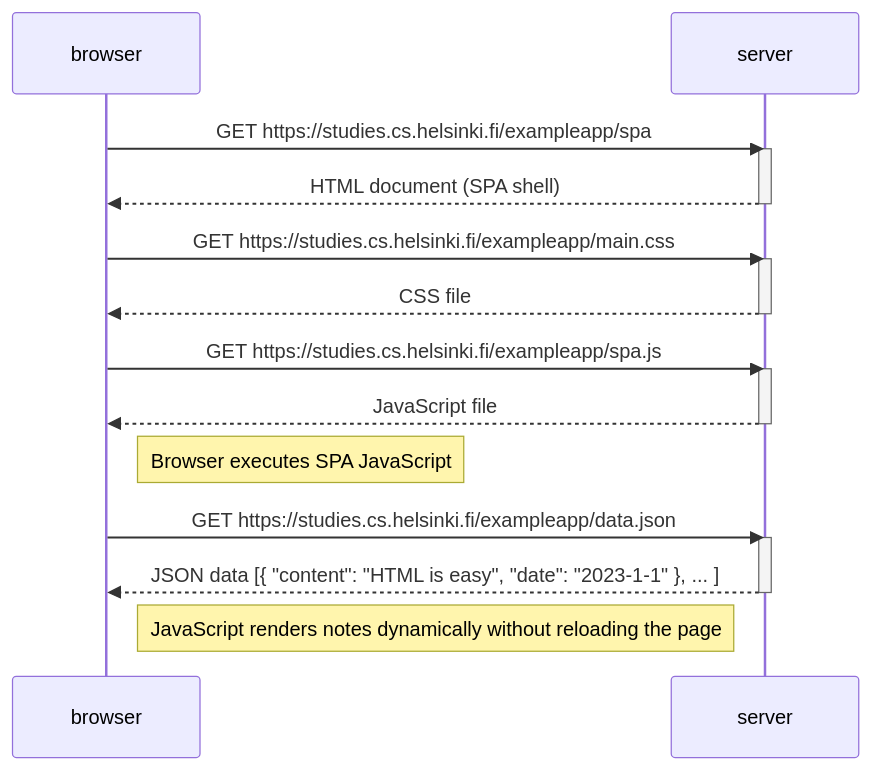
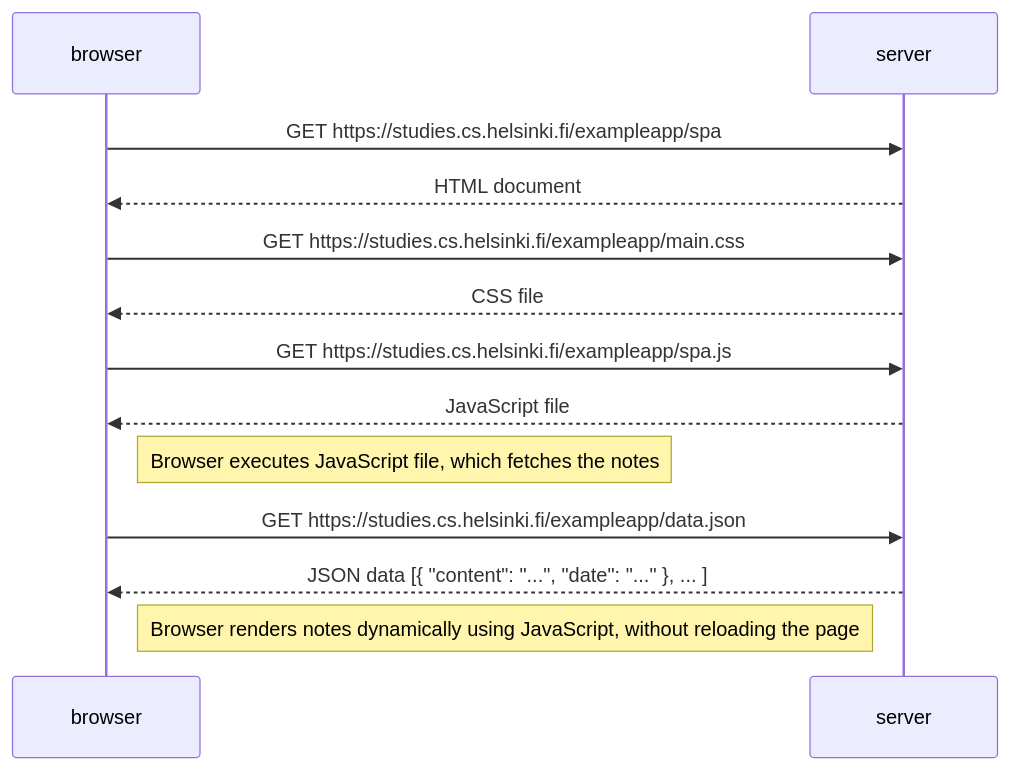
The diagram in exercise-0.5.md (jovvas/Fullstack-part-0), drawn with Mermaid before and after one commit.

Commit message:
corrected exercise-05 to depict dynamic interactions and clarify notes

````diff
--- a/exercise-0.5.md
+++ b/exercise-0.5.md
@@ -1,29 +1,21 @@
 ```mermaid
 sequenceDiagram
     participant browser
     participant server
 
     browser->>server: GET https://studies.cs.helsinki.fi/exampleapp/spa
-    activate server
-    server-->>browser: HTML document (SPA shell)
-    deactivate server
+    server-->>browser: HTML document 
 
     browser->>server: GET https://studies.cs.helsinki.fi/exampleapp/main.css
-    activate server
     server-->>browser: CSS file
-    deactivate server
 
     browser->>server: GET https://studies.cs.helsinki.fi/exampleapp/spa.js
-    activate server
     server-->>browser: JavaScript file
-    deactivate server
 
-    Note right of browser: Browser executes SPA JavaScript
+    Note right of browser: Browser executes JavaScript file, which fetches the notes
 
     browser->>server: GET https://studies.cs.helsinki.fi/exampleapp/data.json
-    activate server
-    server-->>browser: JSON data [{ "content": "HTML is easy", "date": "2023-1-1" }, ... ]
-    deactivate server
+    server-->>browser: JSON data [{ "content": "...", "date": "..." }, ... ]
 
-    Note right of browser: JavaScript renders notes dynamically without reloading the page
+    Note right of browser: Browser renders notes dynamically using JavaScript, without reloading the page
 ```
````
